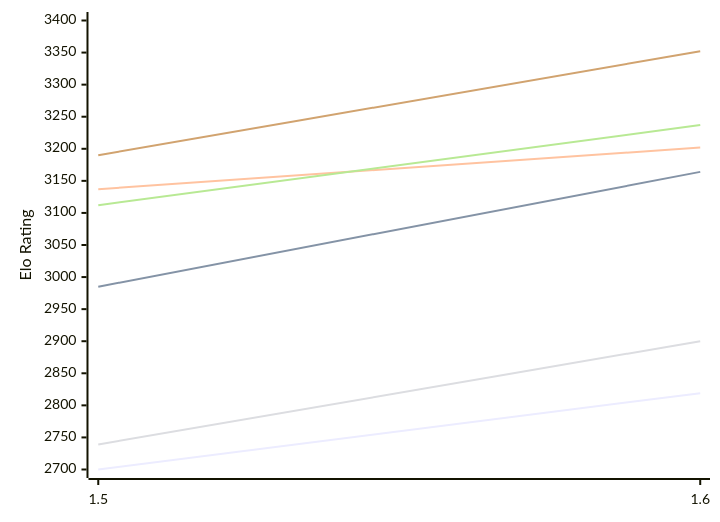
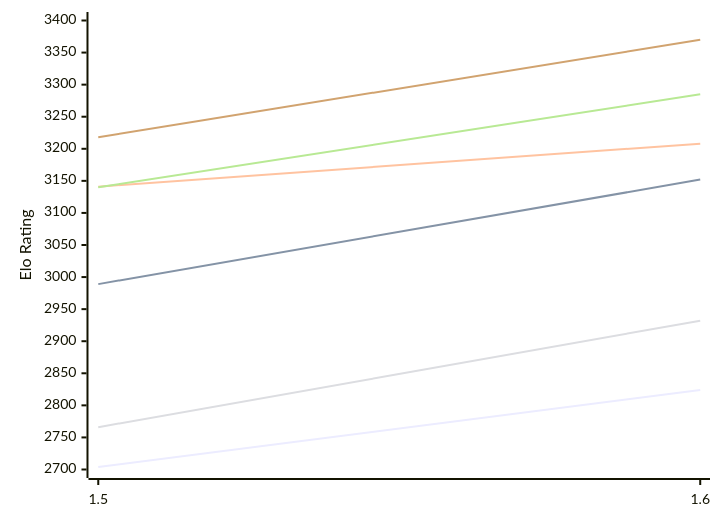
The first of 2 diagrams in engines/Yakka.md (computer-chess-index/cci), drawn with Mermaid before and after one commit. The commit also changed other lines of this file, not shown here.

Commit message:
Update CCI Ratings (ELO VLTC) - 2026-10-21

````diff
--- a/engines/Yakka.md
+++ b/engines/Yakka.md
@@ -51,12 +51,12 @@
 ```mermaid
 %%{init: {"theme":"base","themeVariables":{"seriesColors:['#a3a3a3','#222221','#faa371']}}}%%
 xychart-beta
   x-axis ["1.5", "1.6"]
   y-axis "Elo Rating" 2700 --> 3400
-  line "E1: STC (8.0+0.08s)" [2700, 2819]
-  line "E1: LTC (60.0+0.60s)" [2985, 3164]
-  line "E1: VLTC (2m24s+1.12s)" [3137, 3202]
-  line "P1: STC (8.0+0.08s)" [2739, 2900]
-  line "P1: LTC (60.0+0.60s)" [3112, 3237]
-  line "P1: VLTC (2m24s+1.12s)" [3190, 3352]
+  line "E1: STC (8.0+0.08s)" [2704, 2824]
+  line "E1: LTC (60.0+0.60s)" [2989, 3152]
+  line "E1: VLTC (2m24s+1.12s)" [3141, 3208]
+  line "P1: STC (8.0+0.08s)" [2766, 2932]
+  line "P1: LTC (60.0+0.60s)" [3140, 3285]
+  line "P1: VLTC (2m24s+1.12s)" [3218, 3370]
 ```
````
